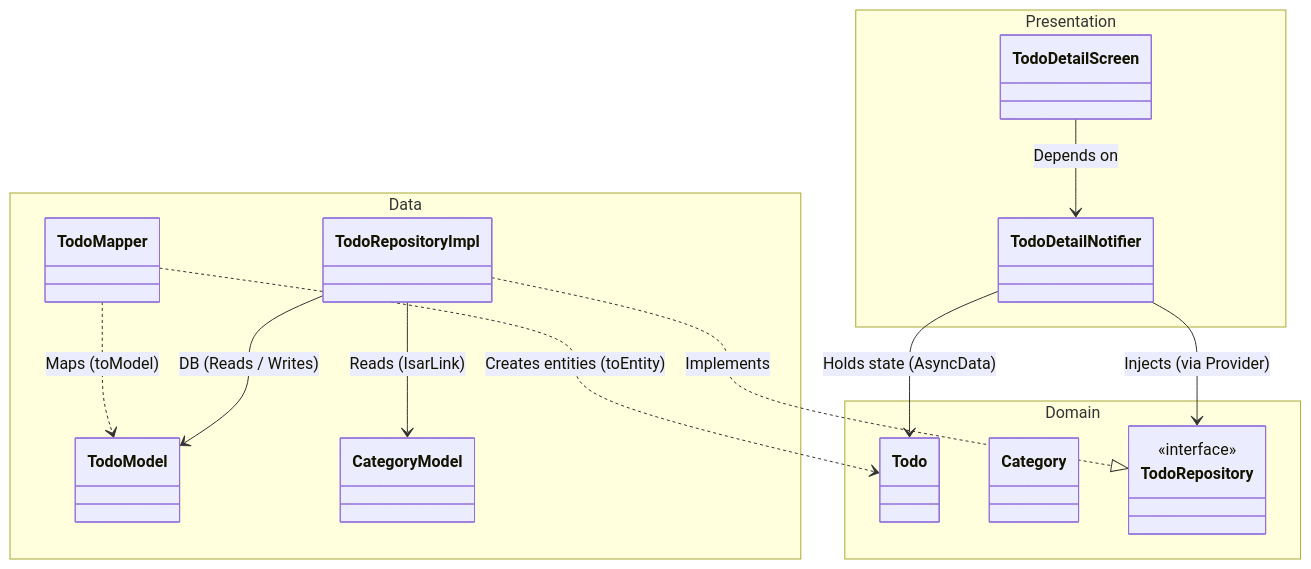
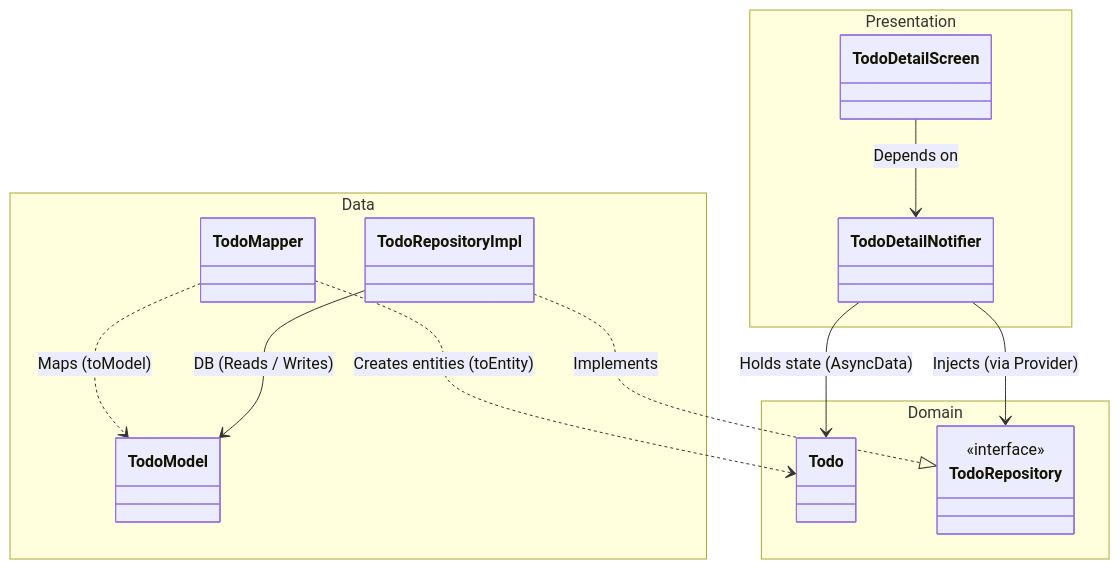
One commit to piotrekert90/flutter_riverpod_boilerplate changed the first of 2 diagrams in README.md. Above: the diagram before and after it, drawn with Mermaid. The commit also changed other lines of this file and 13 other files, not shown here.

````diff
--- a/README.md
+++ b/README.md
@@ -110,37 +109,34 @@
 ```mermaid
 classDiagram
     %% Presentation Layer
     namespace Presentation {
         class TodoDetailScreen
         class TodoDetailNotifier
     }
 
     %% Data Layer
     namespace Data {
         class TodoRepositoryImpl
         class TodoModel
-        class CategoryModel
         class TodoMapper
     }
 
     %% Domain Layer (Center)
     namespace Domain {
         class Todo
-        class Category
         class TodoRepository {
             <<interface>>
         }
     }
 
     %% Dependencies UI -> Domain
     TodoDetailScreen --> TodoDetailNotifier : Depends on
     TodoDetailNotifier --> TodoRepository : Injects (via Provider)
     TodoDetailNotifier --> Todo : Holds state (AsyncData)
 
     %% Dependencies Data -> Domain
     TodoRepositoryImpl ..|> TodoRepository : Implements
     TodoMapper ..> Todo : Creates entities (toEntity)
     TodoMapper ..> TodoModel : Maps (toModel)
     TodoRepositoryImpl --> TodoModel : DB (Reads / Writes)
-    TodoRepositoryImpl --> CategoryModel : Reads (IsarLink)
 ```
````
